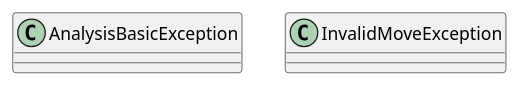
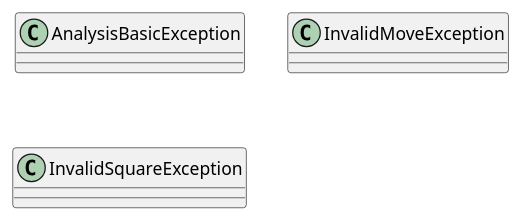
One commit to Sttanyanz/endgame-notebook changed the diagram in uml/analysisExceptions.puml. Above: the diagram before and after it, drawn with PlantUML. The commit also changed 1 other file, not shown here.

Commit message:
feat: add InvalidSquareException

```diff
--- a/uml/analysisExceptions.puml
+++ b/uml/analysisExceptions.puml
@@ -1,6 +1,7 @@
 @startuml
 
 class AnalysisBasicException
 class InvalidMoveException
+class InvalidSquareException
 
 @enduml
```
